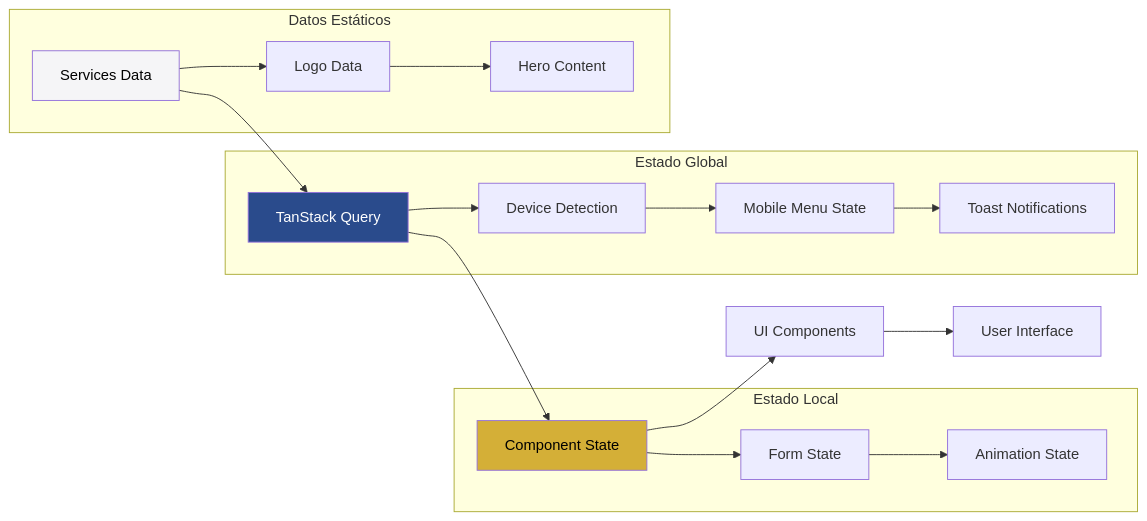
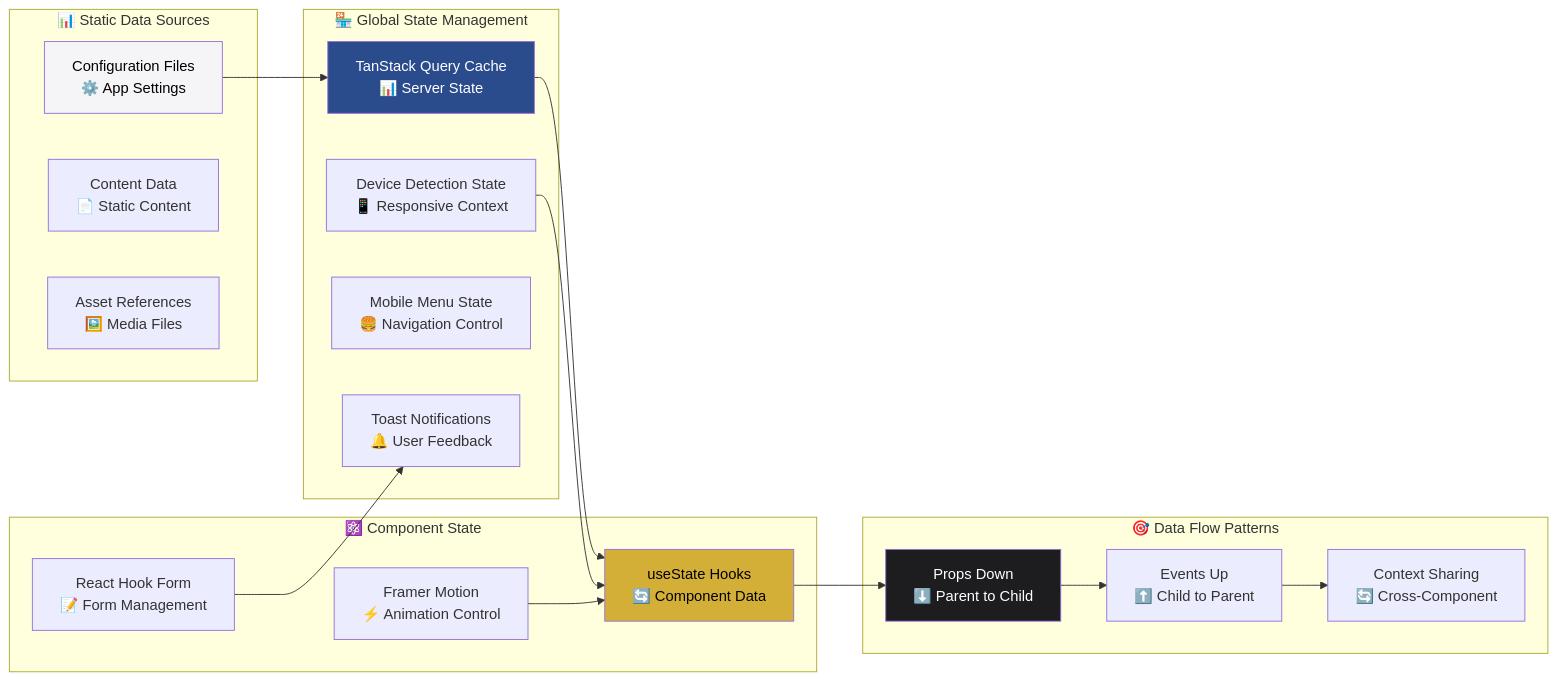
The second of 6 diagrams in README.md (walkerWesker/cuenca-asociados-portal), drawn with Mermaid before and after one commit. The commit also changed other lines of this file, not shown here.

````diff
--- a/README.md
+++ b/README.md
@@ -185,27 +210,43 @@
 ```mermaid
 graph LR
-    subgraph "Estado Global"
-        A[TanStack Query] --> B[Device Detection]
-        B --> C[Mobile Menu State]
-        C --> D[Toast Notifications]
+    subgraph "🏪 Global State Management"
+        QueryCache[TanStack Query Cache<br/>📊 Server State]
+        DeviceState[Device Detection State<br/>📱 Responsive Context]
+        MenuState[Mobile Menu State<br/>🍔 Navigation Control]
+        ToastState[Toast Notifications<br/>🔔 User Feedback]
     end
     
-    subgraph "Estado Local"
-        E[Component State] --> F[Form State]
-        F --> G[Animation State]
+    subgraph "⚛️ Component State"
+        LocalState[useState Hooks<br/>🔄 Component Data]
+        FormState[React Hook Form<br/>📝 Form Management]
+        AnimationState[Framer Motion<br/>⚡ Animation Control]
     end
     
-    subgraph "Datos Estáticos"
-        H[Services Data] --> I[Logo Data]
-        I --> J[Hero Content]
+    subgraph "📊 Static Data Sources"
+        ConfigData[Configuration Files<br/>⚙️ App Settings]
+        ContentData[Content Data<br/>📄 Static Content]
+        AssetData[Asset References<br/>🖼️ Media Files]
     end
     
-    A --> E
-    H --> A
-    E --> K[UI Components]
-    K --> L[User Interface]
+    subgraph "🎯 Data Flow Patterns"
+        PropsDown[Props Down<br/>⬇️ Parent to Child]
+        EventsUp[Events Up<br/>⬆️ Child to Parent]
+        ContextAPI[Context Sharing<br/>🔄 Cross-Component]
+    end
     
-    style A fill:#2A4B8C,color:#fff
-    style E fill:#D4AF37,color:#000
-    style H fill:#F5F5F7,color:#000
+    QueryCache --> LocalState
+    DeviceState --> LocalState
+    ConfigData --> QueryCache
+    
+    LocalState --> PropsDown
+    PropsDown --> EventsUp
+    EventsUp --> ContextAPI
+    
+    FormState --> ToastState
+    AnimationState --> LocalState
+    
+    style QueryCache fill:#2A4B8C,color:#fff
+    style LocalState fill:#D4AF37,color:#000
+    style ConfigData fill:#F5F5F7,color:#000
+    style PropsDown fill:#1D1D1F,color:#fff
 ```
````
